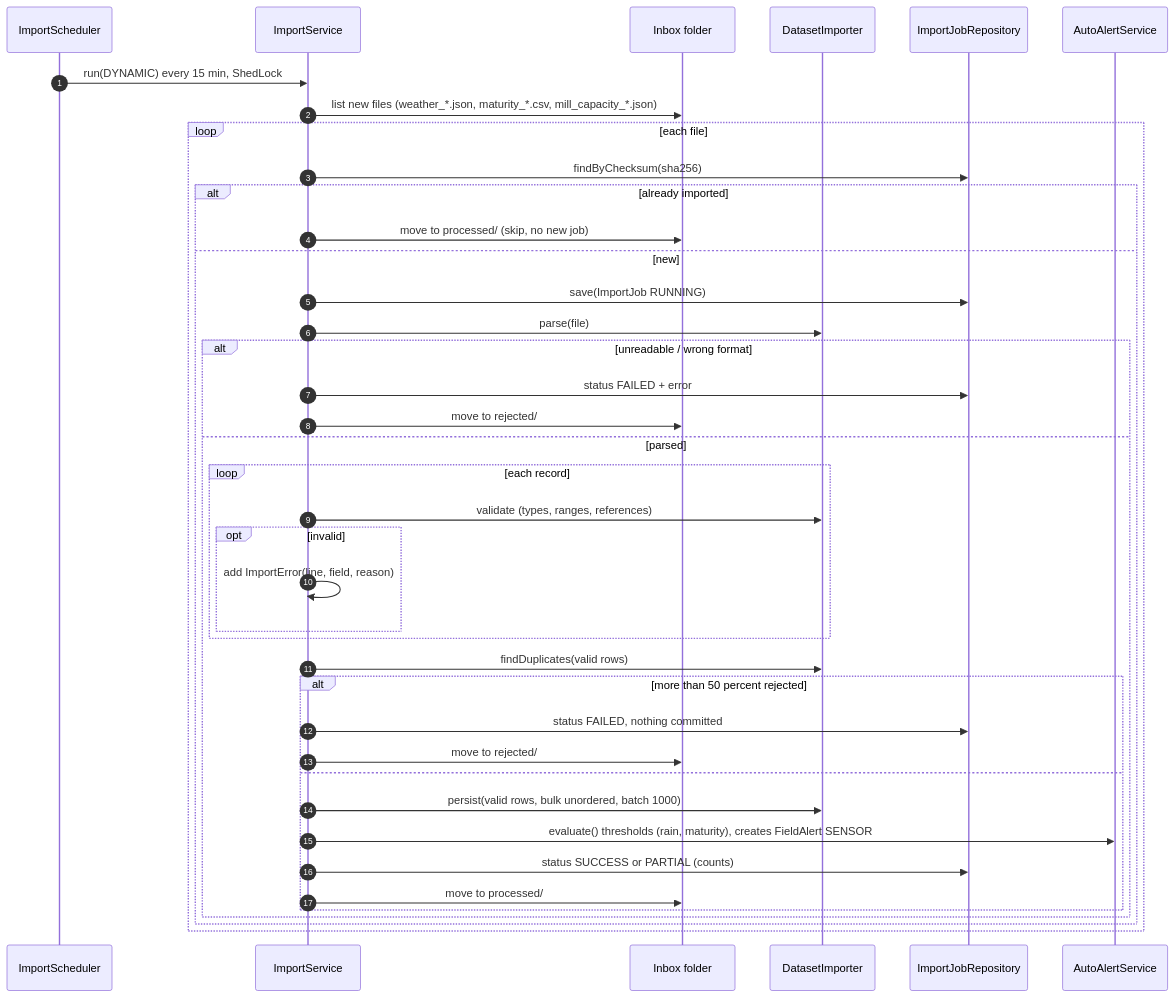
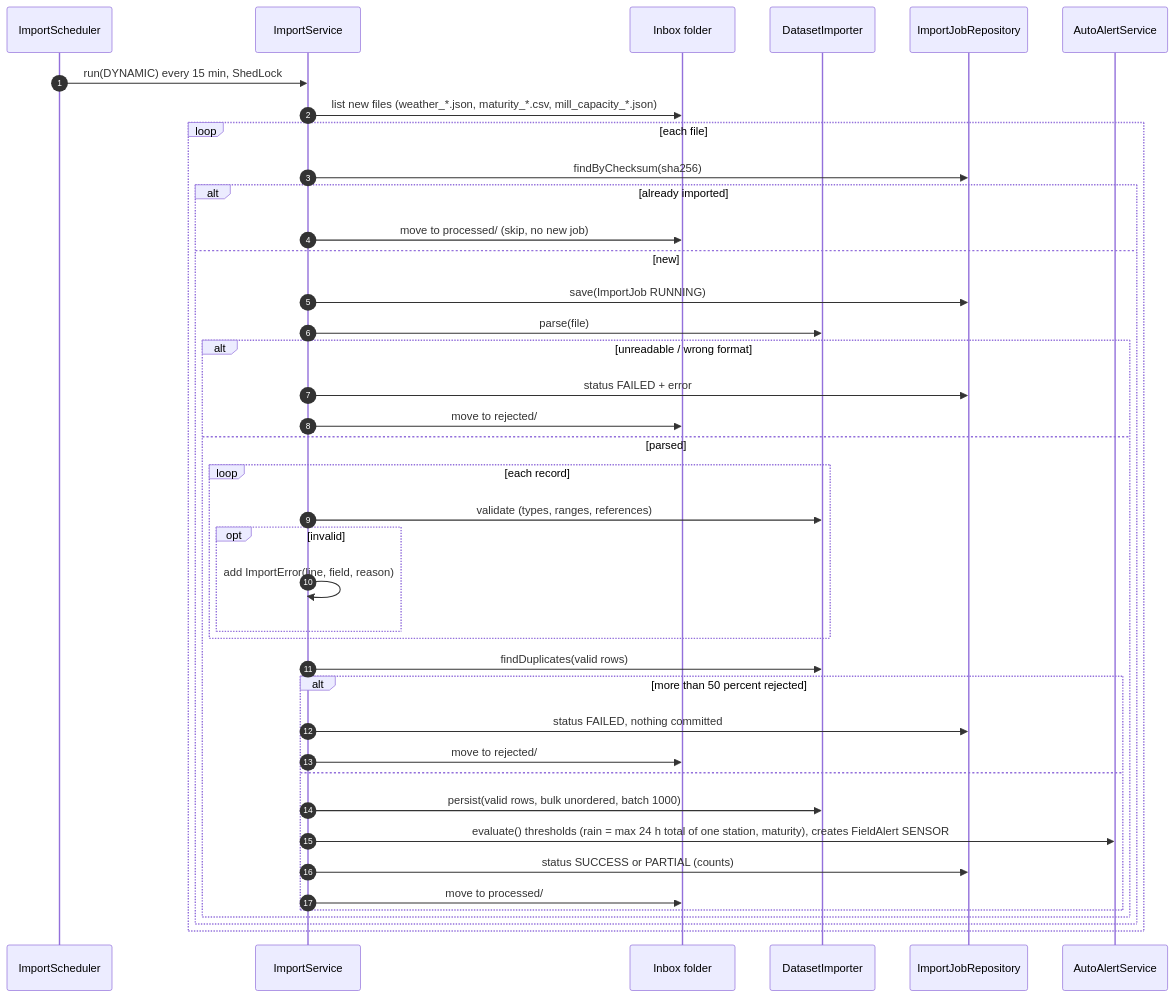
Before and after one commit to Iyed-M/olive-connect: diagram 11 of 20 in docs/04-uml-design.md, drawn with Mermaid. The commit also changed 3 other files, not shown here.

````diff
--- a/docs/04-uml-design.md
+++ b/docs/04-uml-design.md
@@ -952,43 +952,43 @@
 ```mermaid
 sequenceDiagram
     autonumber
     participant SCH as ImportScheduler
     participant IS as ImportService
     participant FS as Inbox folder
     participant P as DatasetImporter
     participant JR as ImportJobRepository
     participant AA as AutoAlertService
 
     SCH->>IS: run(DYNAMIC) every 15 min, ShedLock
     IS->>FS: list new files (weather_*.json, maturity_*.csv, mill_capacity_*.json)
     loop each file
         IS->>JR: findByChecksum(sha256)
         alt already imported
             IS->>FS: move to processed/ (skip, no new job)
         else new
             IS->>JR: save(ImportJob RUNNING)
             IS->>P: parse(file)
             alt unreadable / wrong format
                 IS->>JR: status FAILED + error
                 IS->>FS: move to rejected/
             else parsed
                 loop each record
                     IS->>P: validate (types, ranges, references)
                     opt invalid
                         IS->>IS: add ImportError(line, field, reason)
                     end
                 end
                 IS->>P: findDuplicates(valid rows)
                 alt more than 50 percent rejected
                     IS->>JR: status FAILED, nothing committed
                     IS->>FS: move to rejected/
                 else
                     IS->>P: persist(valid rows, bulk unordered, batch 1000)
-                    IS->>AA: evaluate() thresholds (rain, maturity), creates FieldAlert SENSOR
+                    IS->>AA: evaluate() thresholds (rain = max 24 h total of one station, maturity), creates FieldAlert SENSOR
                     IS->>JR: status SUCCESS or PARTIAL (counts)
                     IS->>FS: move to processed/
                 end
             end
         end
     end
 ```
````
